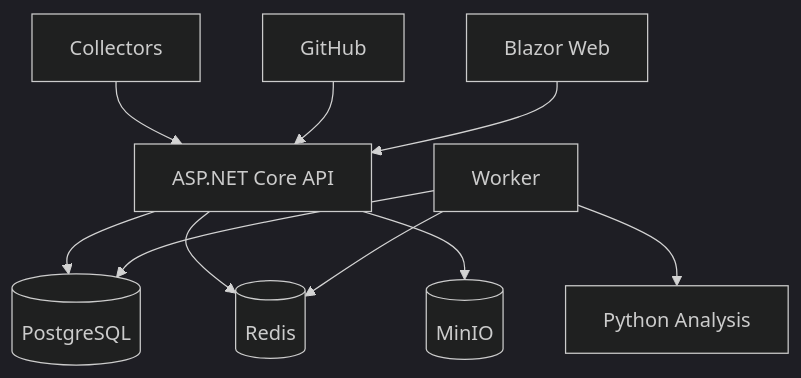
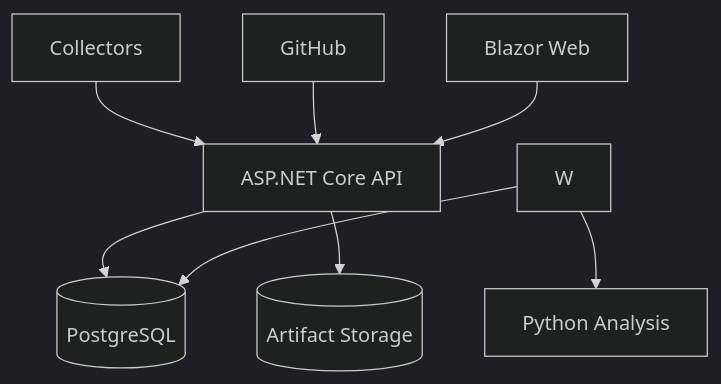
Before and after one commit to MKyosei2/development-intelligence-platform: the diagram in docs/02-architecture/container-diagram.md, drawn with Mermaid (dark theme). The commit also changed 54 other files, not shown here.

````diff
--- a/docs/02-architecture/container-diagram.md
+++ b/docs/02-architecture/container-diagram.md
@@ -3,12 +3,10 @@
 ```mermaid
 flowchart TB
  C[Collectors] --> A[ASP.NET Core API]
  G[GitHub] --> A
  A --> P[(PostgreSQL)]
- A --> R[(Redis)]
- W[Worker] --> R
  W --> P
  W --> PY[Python Analysis]
  B[Blazor Web] --> A
- A --> M[(MinIO)]
+ A --> M[(Artifact Storage)]
 ```
````
